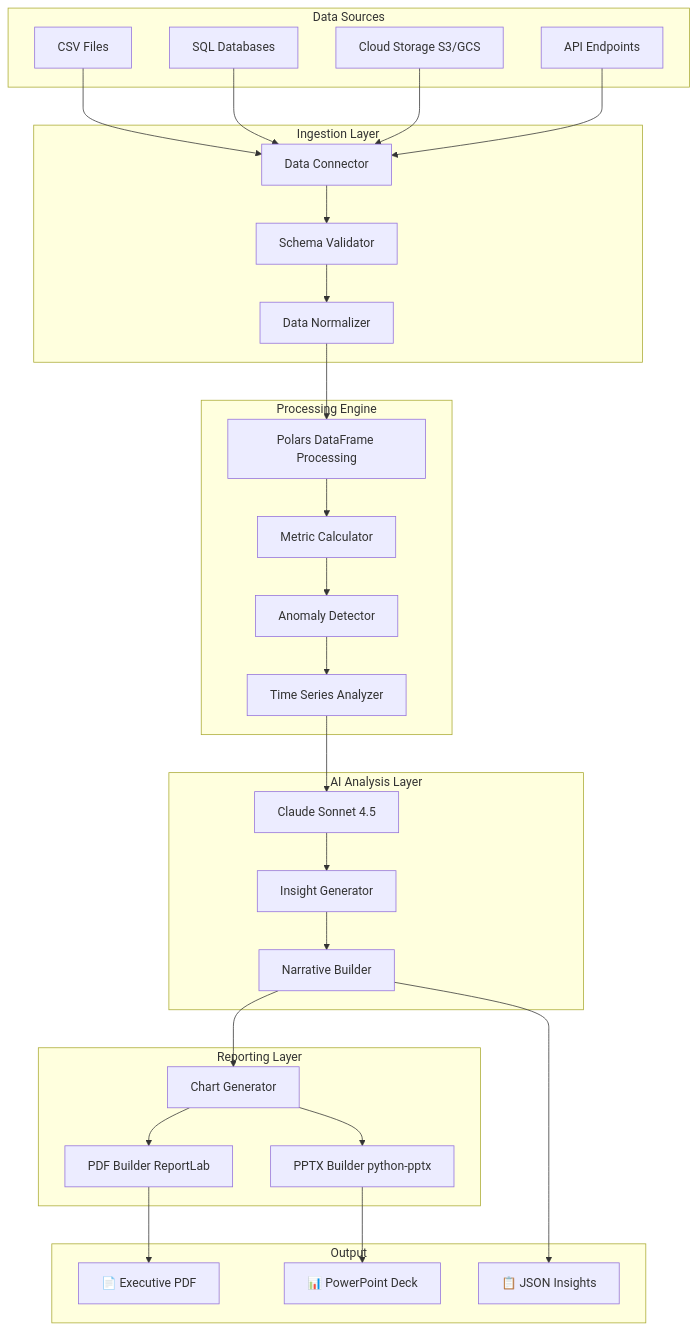
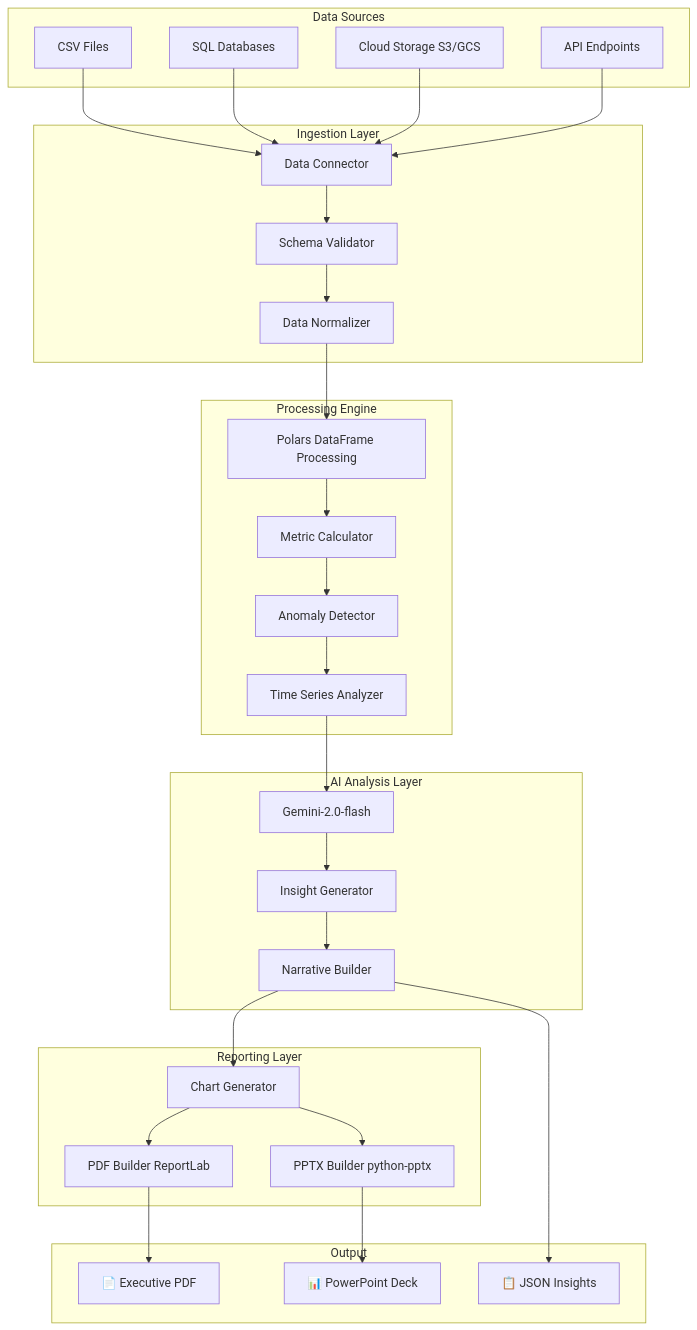
Before and after one commit to sonalikachandra/H-001-Automated-Insight-Engine: the diagram in README.md, drawn with Mermaid.

````diff
--- a/README.md
+++ b/README.md
@@ -201,61 +201,61 @@
 ```mermaid
 graph TB
     subgraph "Data Sources"
         A1[CSV Files]
         A2[SQL Databases]
         A3[Cloud Storage S3/GCS]
         A4[API Endpoints]
     end
     
     subgraph "Ingestion Layer"
         B1[Data Connector]
         B2[Schema Validator]
         B3[Data Normalizer]
     end
     
     subgraph "Processing Engine"
         C1[Polars DataFrame Processing]
         C2[Metric Calculator]
         C3[Anomaly Detector]
         C4[Time Series Analyzer]
     end
     
     subgraph "AI Analysis Layer"
-        D1[Claude Sonnet 4.5]
+        D1[Gemini-2.0-flash]
         D2[Insight Generator]
         D3[Narrative Builder]
     end
     
     subgraph "Reporting Layer"
         E1[Chart Generator]
         E2[PDF Builder ReportLab]
         E3[PPTX Builder python-pptx]
     end
     
     subgraph "Output"
         F1[📄 Executive PDF]
         F2[📊 PowerPoint Deck]
         F3[📋 JSON Insights]
     end
     
     A1 --> B1
     A2 --> B1
     A3 --> B1
     A4 --> B1
     
     B1 --> B2 --> B3
     B3 --> C1
     
     C1 --> C2 --> C3 --> C4
     
     C4 --> D1
     D1 --> D2 --> D3
     
     D3 --> E1
     E1 --> E2
     E1 --> E3
     
     E2 --> F1
     E3 --> F2
     D3 --> F3
 ```
````
